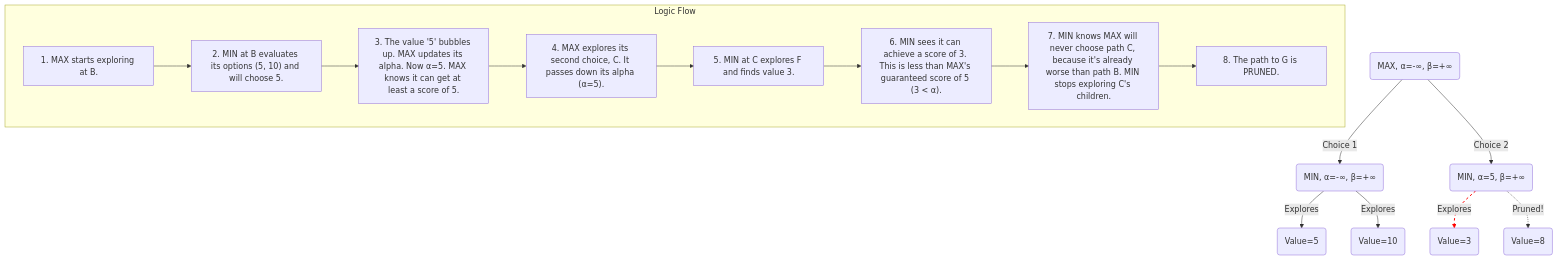
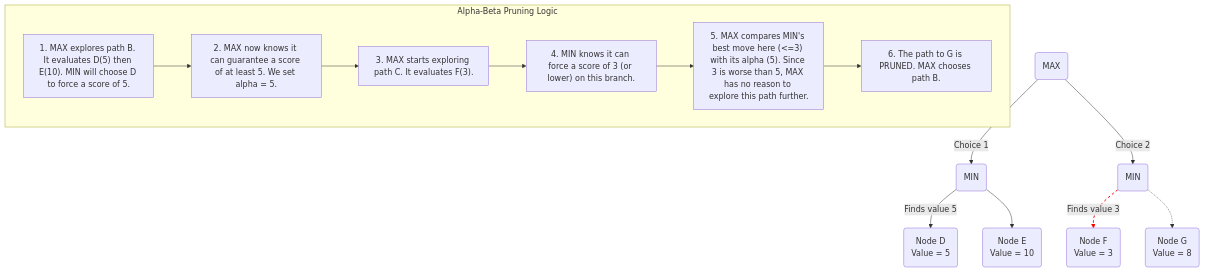
The fourth of 4 diagrams in _posts/2025-08-08-ai-search-algorithms-a-z.md (eltay89/eltay89.github.io), drawn with Mermaid before and after one commit. The commit also changed other lines of this file, not shown here.

````diff
--- a/_posts/2025-08-08-ai-search-algorithms-a-z.md
+++ b/_posts/2025-08-08-ai-search-algorithms-a-z.md
@@ -264,26 +263,24 @@
 ```mermaid
 graph TD
-    A(MAX, α=-∞, β=+∞);
-    A -- Choice 1 --> B(MIN, α=-∞, β=+∞);
-    A -- Choice 2 --> C(MIN, α=5, β=+∞);
+    A(MAX);
+    A -- "Choice 1" --> B(MIN);
+    A -- "Choice 2" --> C(MIN);
     
-    B -- Explores --> D(Value=5);
-    B -- Explores --> E(Value=10);
+    B -- "Finds value 5" --> D(Node D<br>Value = 5);
+    B -- " " --> E(Node E<br>Value = 10);
     
-    C -- Explores --> F(Value=3);
-    C -. Pruned! .-> G(Value=8);
+    C -- "Finds value 3" --> F(Node F<br>Value = 3);
+    C -.-> G(Node G<br>Value = 8);
 
-    subgraph "Logic Flow"
+    subgraph "Alpha-Beta Pruning Logic"
       direction LR
-      S1["1. MAX starts exploring at B."] -->
-      S2["2. MIN at B evaluates its options (5, 10) and will choose 5."] -->
-      S3["3. The value '5' bubbles up. MAX updates its alpha. Now α=5. MAX knows it can get at least a score of 5."] -->
-      S4["4. MAX explores its second choice, C. It passes down its alpha (α=5)."] -->
-      S5["5. MIN at C explores F and finds value 3."] -->
-      S6["6. MIN sees it can achieve a score of 3. This is less than MAX's guaranteed score of 5 (3 < α)."] -->
-      S7["7. MIN knows MAX will never choose path C, because it's already worse than path B. MIN stops exploring C's children."] -->
-      S8["8. The path to G is PRUNED."]
+      L1["1. MAX explores path B. It evaluates D(5) then E(10). MIN will choose D to force a score of 5."] -->
+      L2["2. MAX now knows it can guarantee a score of at least 5. We set alpha = 5."] -->
+      L3["3. MAX starts exploring path C. It evaluates F(3)."] -->
+      L4["4. MIN knows it can force a score of 3 (or lower) on this branch."] -->
+      L5["5. MAX compares MIN's best move here (<=3) with its alpha (5). Since 3 is worse than 5, MAX has no reason to explore this path further."] -->
+      L6["6. The path to G is PRUNED. MAX chooses path B."]
     end
 
     linkStyle 4 stroke-width:2px,stroke-dasharray: 5 5,stroke:red
 ```
````
